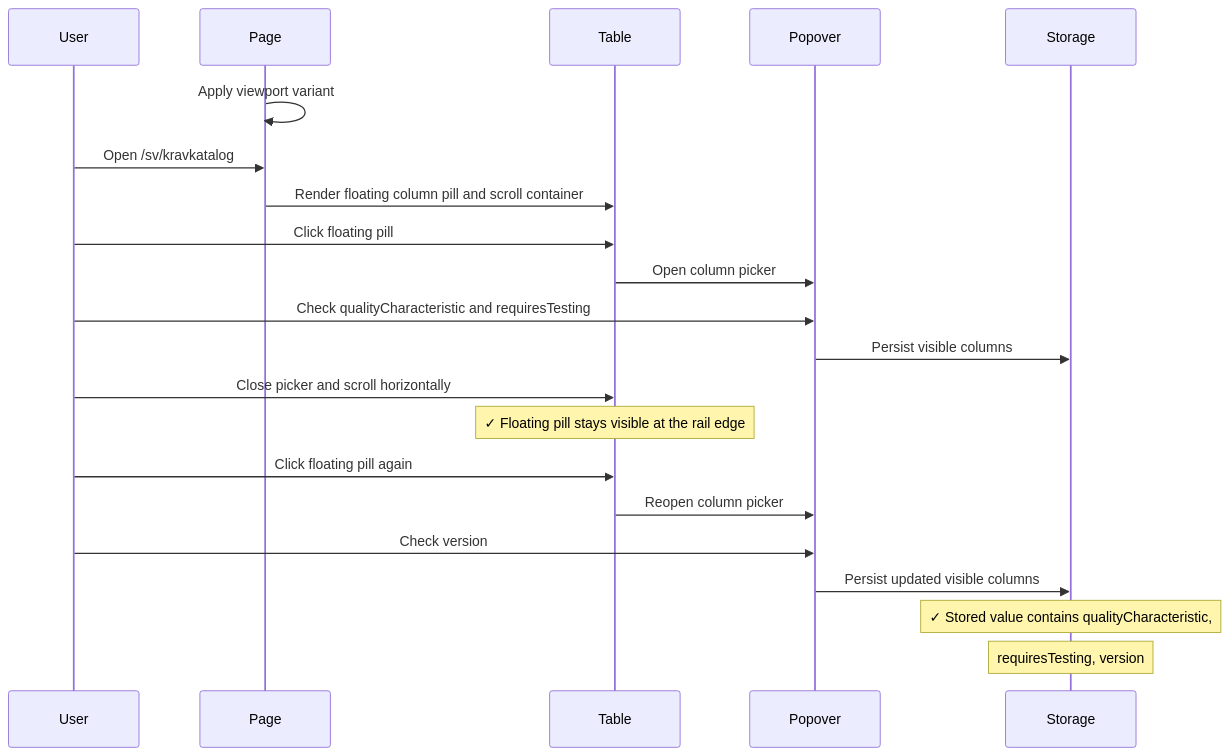
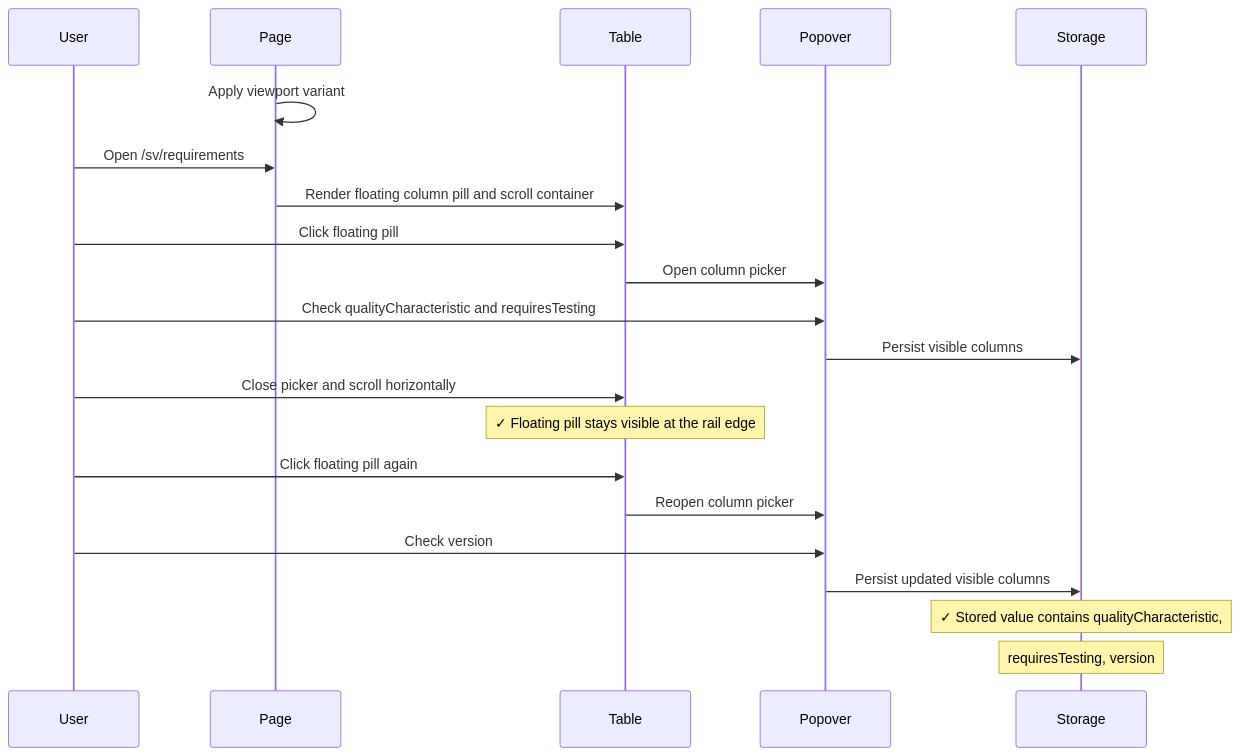
Before and after one commit to viscalyx/Kravhantering: the second of 3 diagrams in tests/integration/requirements-table-column-picker.md, drawn with Mermaid. The commit also changed other lines of this file and 36 other files, not shown here.

````diff
--- a/tests/integration/requirements-table-column-picker.md
+++ b/tests/integration/requirements-table-column-picker.md
@@ -92,24 +92,24 @@
 ```mermaid
 sequenceDiagram
     participant U as User
     participant P as Page
     participant T as Table
     participant Pop as Popover
     participant S as Storage
 
     P->>P: Apply viewport variant
-    U->>P: Open /sv/kravkatalog
+    U->>P: Open /sv/requirements
     P->>T: Render floating column pill and scroll container
     U->>T: Click floating pill
     T->>Pop: Open column picker
     U->>Pop: Check qualityCharacteristic and requiresTesting
     Pop->>S: Persist visible columns
     U->>T: Close picker and scroll horizontally
     Note over T: ✓ Floating pill stays visible at the rail edge
     U->>T: Click floating pill again
     T->>Pop: Reopen column picker
     U->>Pop: Check version
     Pop->>S: Persist updated visible columns
     Note over S: ✓ Stored value contains qualityCharacteristic,
     Note over S: requiresTesting, version
 ```
````
